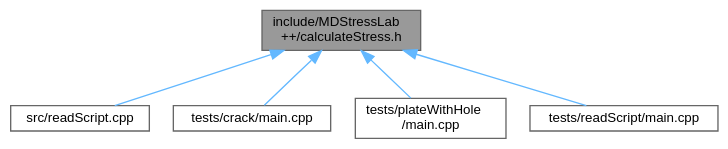
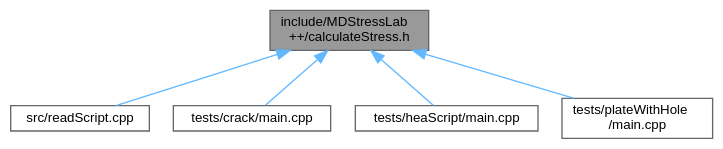
Before and after one commit to nikhil-admal/mdstresslab: the diagram in calculateStress_8h__dep__incl.dot, drawn with Graphviz. The commit also changed 110 other files, not shown here.

```diff
--- a/calculateStress_8h__dep__incl.dot
+++ b/calculateStress_8h__dep__incl.dot
@@ -1,16 +1,16 @@
 digraph "include/MDStressLab++/calculateStress.h"
 {
  // LATEX_PDF_SIZE
   bgcolor="transparent";
   edge [fontname=Helvetica,fontsize=10,labelfontname=Helvetica,labelfontsize=10];
   node [fontname=Helvetica,fontsize=10,shape=box,height=0.2,width=0.4];
   Node1 [id="Node000001",label="include/MDStressLab\l++/calculateStress.h",height=0.2,width=0.4,color="gray40", fillcolor="grey60", style="filled", fontcolor="black",tooltip=" "];
   Node1 -> Node2 [id="edge1_Node000001_Node000002",dir="back",color="steelblue1",style="solid",tooltip=" "];
   Node2 [id="Node000002",label="src/readScript.cpp",height=0.2,width=0.4,color="grey40", fillcolor="white", style="filled",URL="$readScript_8cpp.html",tooltip=" "];
   Node1 -> Node3 [id="edge2_Node000001_Node000003",dir="back",color="steelblue1",style="solid",tooltip=" "];
   Node3 [id="Node000003",label="tests/crack/main.cpp",height=0.2,width=0.4,color="grey40", fillcolor="white", style="filled",URL="$crack_2main_8cpp.html",tooltip=" "];
   Node1 -> Node4 [id="edge3_Node000001_Node000004",dir="back",color="steelblue1",style="solid",tooltip=" "];
-  Node4 [id="Node000004",label="tests/plateWithHole\l/main.cpp",height=0.2,width=0.4,color="grey40", fillcolor="white", style="filled",URL="$plateWithHole_2main_8cpp.html",tooltip=" "];
+  Node4 [id="Node000004",label="tests/heaScript/main.cpp",height=0.2,width=0.4,color="grey40", fillcolor="white", style="filled",URL="$heaScript_2main_8cpp.html",tooltip=" "];
   Node1 -> Node5 [id="edge4_Node000001_Node000005",dir="back",color="steelblue1",style="solid",tooltip=" "];
-  Node5 [id="Node000005",label="tests/readScript/main.cpp",height=0.2,width=0.4,color="grey40", fillcolor="white", style="filled",URL="$readScript_2main_8cpp.html",tooltip=" "];
+  Node5 [id="Node000005",label="tests/plateWithHole\l/main.cpp",height=0.2,width=0.4,color="grey40", fillcolor="white", style="filled",URL="$plateWithHole_2main_8cpp.html",tooltip=" "];
 }
```
